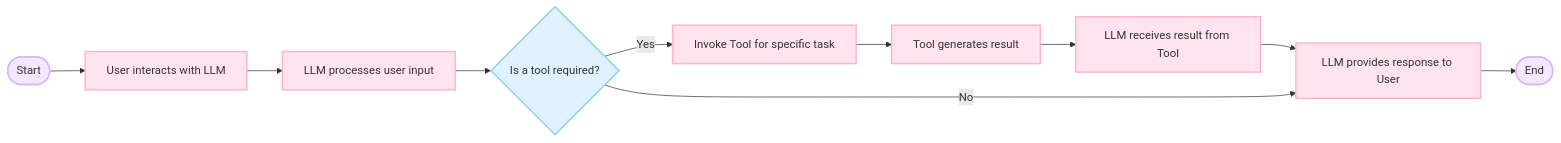
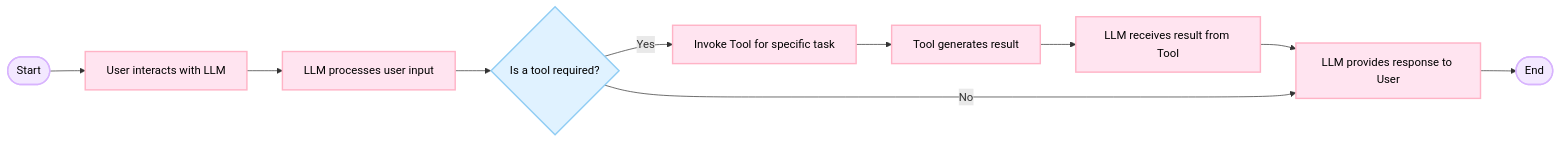
Before and after one commit to KirillAn/CTF_Assistant: the diagram in README.md, drawn with Mermaid.

````diff
--- a/README.md
+++ b/README.md
@@ -34,33 +34,34 @@
 ```mermaid
 flowchart LR
     Start([Start])
     Interact[User interacts with LLM]
     Process[LLM processes user input]
     Decision{Is a tool required?}
     Invoke[Invoke Tool for specific task]
     ToolResult[Tool generates result]
     Receive[LLM receives result from Tool]
     Respond[LLM provides response to User]
     End([End])
 
     Start --> Interact
     Interact --> Process
     Process --> Decision
 
     Decision -- Yes --> Invoke
     Invoke --> ToolResult --> Receive --> Respond --> End
 
     Decision -- No --> Respond
 
-    %% Style definitions
-    classDef oval fill:#f3e8ff,stroke:#d8b4fe,stroke-width:2px
-    classDef block fill:#ffe4f0,stroke:#ffb3c6,stroke-width:2px
-    classDef decision fill:#e0f2ff,stroke:#90cdf4,stroke-width:2px
+    %% Style definitions with black text
+    classDef oval fill:#f3e8ff,stroke:#d8b4fe,stroke-width:2px,color:#000
+    classDef block fill:#ffe4f0,stroke:#ffb3c6,stroke-width:2px,color:#000
+    classDef decision fill:#e0f2ff,stroke:#90cdf4,stroke-width:2px,color:#000
 
     %% Apply styles
     class Start,End oval
     class Interact,Process,Invoke,ToolResult,Receive,Respond block
     class Decision decision
 
 
+
 ```
````
